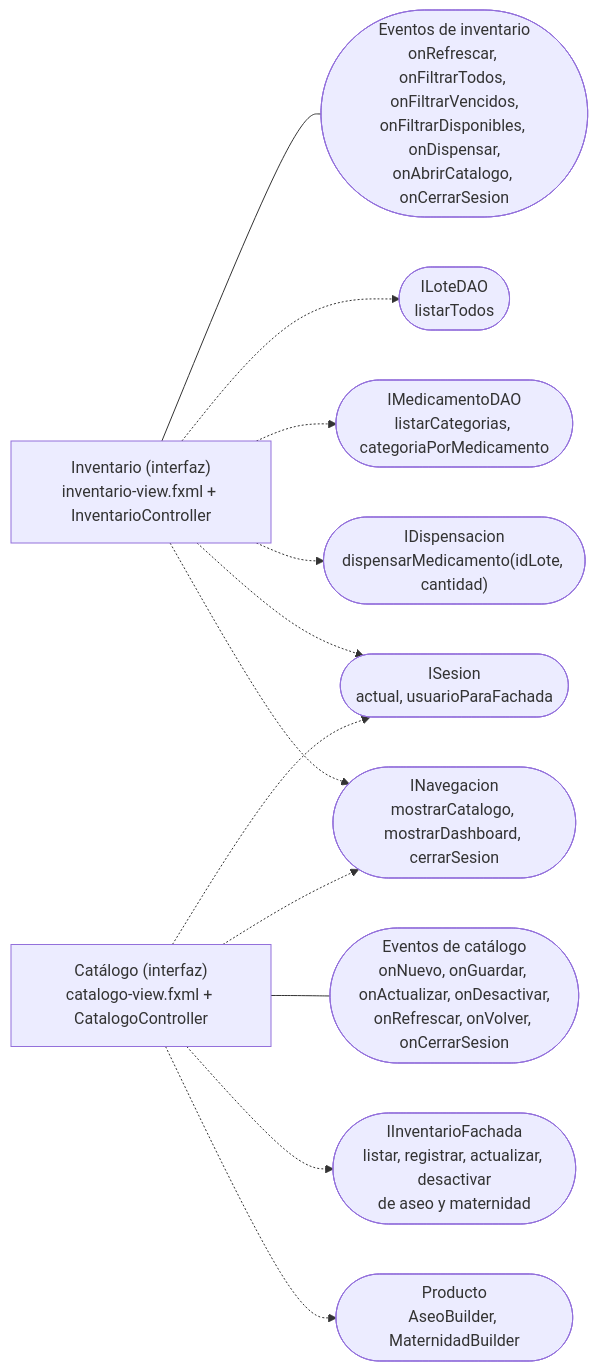
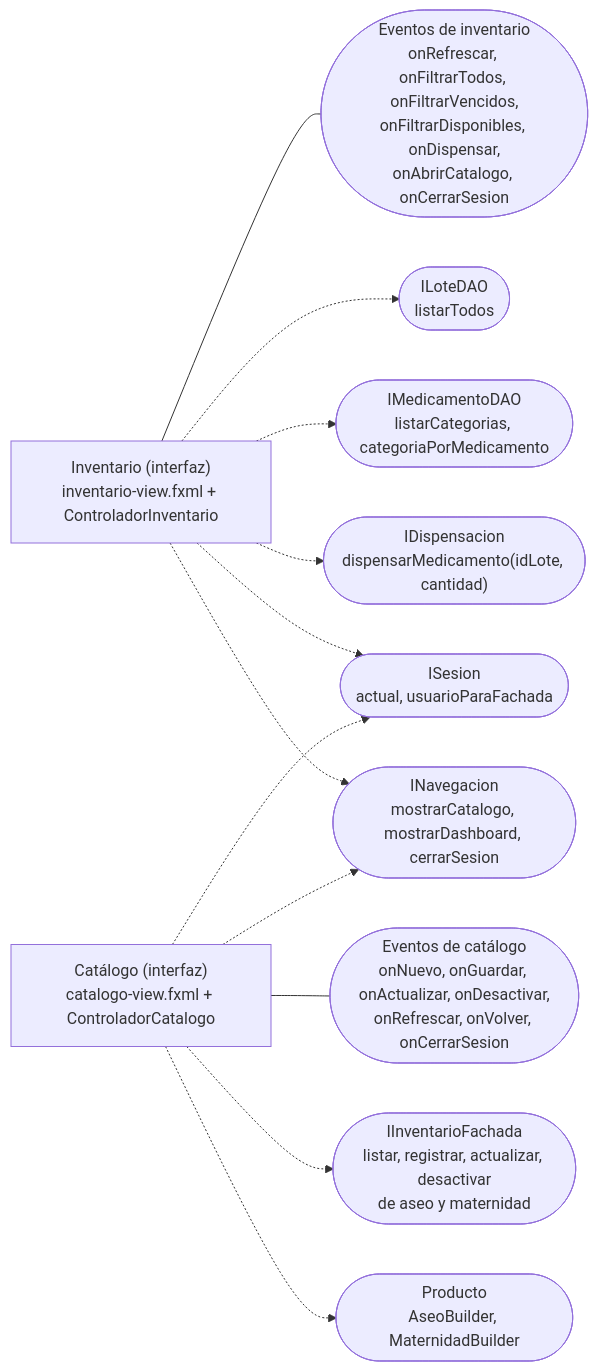
One commit to puj-course/FIS_2630_1204_G1 changed the diagram in docs/diagramas/COMPONENTE_INVENTARIO_CATALOGO_UI.md. Above: the diagram before and after it, drawn with Mermaid. The commit also changed other lines of this file and 121 other files, not shown here.

````diff
--- a/docs/diagramas/COMPONENTE_INVENTARIO_CATALOGO_UI.md
+++ b/docs/diagramas/COMPONENTE_INVENTARIO_CATALOGO_UI.md
@@ -7,28 +7,28 @@
 ```mermaid
 flowchart LR
-    INV["Inventario (interfaz)<br/>inventario-view.fxml + InventarioController"]
-    CAT["Catálogo (interfaz)<br/>catalogo-view.fxml + CatalogoController"]
+    INV["Inventario (interfaz)<br/>inventario-view.fxml + ControladorInventario"]
+    CAT["Catálogo (interfaz)<br/>catalogo-view.fxml + ControladorCatalogo"]
 
     IEVT1(["Eventos de inventario<br/>onRefrescar, onFiltrarTodos, onFiltrarVencidos,<br/>onFiltrarDisponibles, onDispensar,<br/>onAbrirCatalogo, onCerrarSesion"])
     IEVT2(["Eventos de catálogo<br/>onNuevo, onGuardar, onActualizar, onDesactivar,<br/>onRefrescar, onVolver, onCerrarSesion"])
 
     ILOTE(["ILoteDAO<br/>listarTodos"])
     IMED(["IMedicamentoDAO<br/>listarCategorias, categoriaPorMedicamento"])
     IDISP(["IDispensacion<br/>dispensarMedicamento(idLote, cantidad)"])
     IFAC(["IInventarioFachada<br/>listar, registrar, actualizar, desactivar<br/>de aseo y maternidad"])
     IPROD(["Producto<br/>AseoBuilder, MaternidadBuilder"])
     ISES(["ISesion<br/>actual, usuarioParaFachada"])
     INAV(["INavegacion<br/>mostrarCatalogo, mostrarDashboard, cerrarSesion"])
 
     INV --- IEVT1
     CAT --- IEVT2
     INV -.-> ILOTE
     INV -.-> IMED
     INV -.-> IDISP
     INV -.-> ISES
     INV -.-> INAV
     CAT -.-> IFAC
     CAT -.-> IPROD
     CAT -.-> ISES
     CAT -.-> INAV
 ```
````
